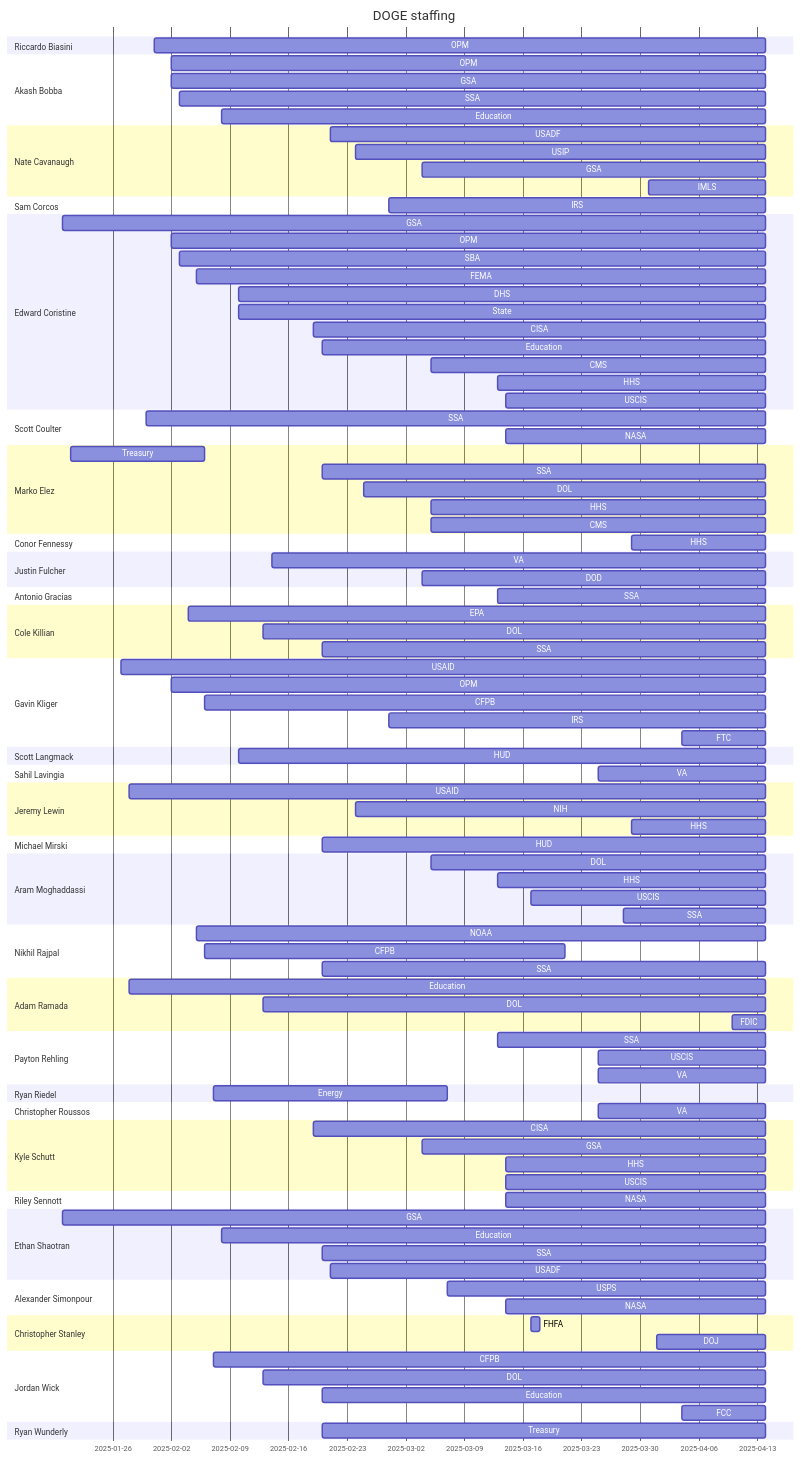
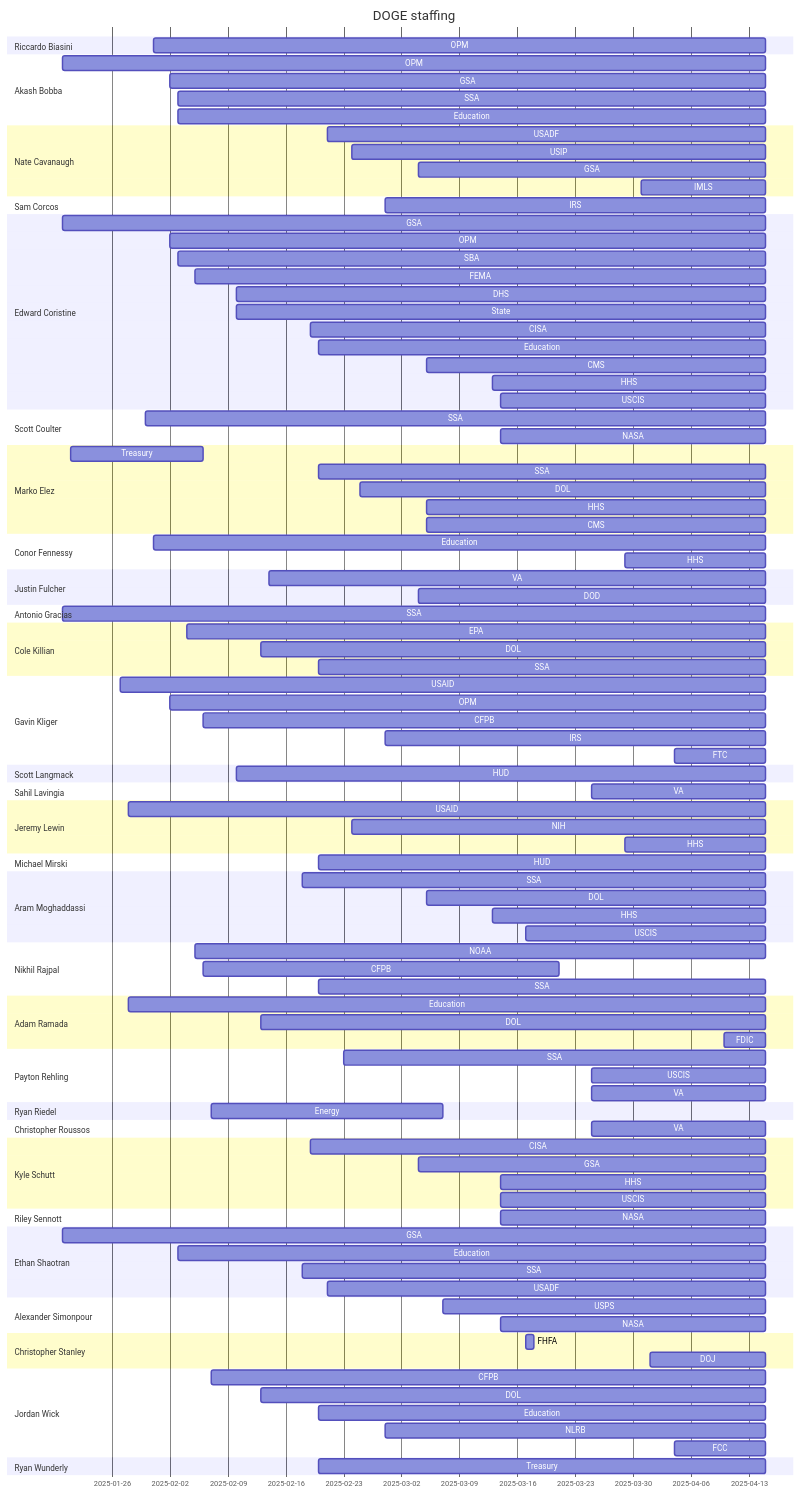
Before and after one commit to harrisj/trump_data: the diagram in it_modernization/staffing_chart.md, drawn with Mermaid. The commit also changed 12 other files, not shown here.

````diff
--- a/it_modernization/staffing_chart.md
+++ b/it_modernization/staffing_chart.md
@@ -3,111 +3,113 @@
     title DOGE staffing
     dateFormat YYYY-MM-DD
     section Riccardo Biasini
-        OPM : 2025-01-31, 2025-04-14
+        OPM : 2025-01-31, 2025-04-15
     section Akash Bobba
-        OPM : 2025-02-02, 2025-04-14
-        GSA : 2025-02-02, 2025-04-14
-        SSA : 2025-02-03, 2025-04-14
-        Education : 2025-02-08, 2025-04-14
+        OPM : 2025-01-20, 2025-04-15
+        GSA : 2025-02-02, 2025-04-15
+        SSA : 2025-02-03, 2025-04-15
+        Education : 2025-02-03, 2025-04-15
     section Nate Cavanaugh
-        USADF : 2025-02-21, 2025-04-14
-        USIP : 2025-02-24, 2025-04-14
-        GSA : 2025-03-04, 2025-04-14
-        IMLS : 2025-03-31, 2025-04-14
+        USADF : 2025-02-21, 2025-04-15
+        USIP : 2025-02-24, 2025-04-15
+        GSA : 2025-03-04, 2025-04-15
+        IMLS : 2025-03-31, 2025-04-15
     section Sam Corcos
-        IRS : 2025-02-28, 2025-04-14
+        IRS : 2025-02-28, 2025-04-15
     section Edward Coristine
-        GSA : 2025-01-20, 2025-04-14
-        OPM : 2025-02-02, 2025-04-14
-        SBA : 2025-02-03, 2025-04-14
-        FEMA : 2025-02-05, 2025-04-14
-        DHS : 2025-02-10, 2025-04-14
-        State : 2025-02-10, 2025-04-14
-        CISA : 2025-02-19, 2025-04-14
-        Education : 2025-02-20, 2025-04-14
-        CMS : 2025-03-05, 2025-04-14
-        HHS : 2025-03-13, 2025-04-14
-        USCIS : 2025-03-14, 2025-04-14
+        GSA : 2025-01-20, 2025-04-15
+        OPM : 2025-02-02, 2025-04-15
+        SBA : 2025-02-03, 2025-04-15
+        FEMA : 2025-02-05, 2025-04-15
+        DHS : 2025-02-10, 2025-04-15
+        State : 2025-02-10, 2025-04-15
+        CISA : 2025-02-19, 2025-04-15
+        Education : 2025-02-20, 2025-04-15
+        CMS : 2025-03-05, 2025-04-15
+        HHS : 2025-03-13, 2025-04-15
+        USCIS : 2025-03-14, 2025-04-15
     section Scott Coulter
-        SSA : 2025-01-30, 2025-04-14
-        NASA : 2025-03-14, 2025-04-14
+        SSA : 2025-01-30, 2025-04-15
+        NASA : 2025-03-14, 2025-04-15
     section Marko Elez
         Treasury : 2025-01-21, 2025-02-06
-        SSA : 2025-02-20, 2025-04-14
-        DOL : 2025-02-25, 2025-04-14
-        HHS : 2025-03-05, 2025-04-14
-        CMS : 2025-03-05, 2025-04-14
+        SSA : 2025-02-20, 2025-04-15
+        DOL : 2025-02-25, 2025-04-15
+        HHS : 2025-03-05, 2025-04-15
+        CMS : 2025-03-05, 2025-04-15
     section Conor Fennessy
-        HHS : 2025-03-29, 2025-04-14
+        Education : 2025-01-31, 2025-04-15
+        HHS : 2025-03-29, 2025-04-15
     section Justin Fulcher
-        VA : 2025-02-14, 2025-04-14
-        DOD : 2025-03-04, 2025-04-14
+        VA : 2025-02-14, 2025-04-15
+        DOD : 2025-03-04, 2025-04-15
     section Antonio Gracias
-        SSA : 2025-03-13, 2025-04-14
+        SSA : 2025-01-20, 2025-04-15
     section Cole Killian
-        EPA : 2025-02-04, 2025-04-14
-        DOL : 2025-02-13, 2025-04-14
-        SSA : 2025-02-20, 2025-04-14
+        EPA : 2025-02-04, 2025-04-15
+        DOL : 2025-02-13, 2025-04-15
+        SSA : 2025-02-20, 2025-04-15
     section Gavin Kliger
-        USAID : 2025-01-27, 2025-04-14
-        OPM : 2025-02-02, 2025-04-14
-        CFPB : 2025-02-06, 2025-04-14
-        IRS : 2025-02-28, 2025-04-14
-        FTC : 2025-04-04, 2025-04-14
+        USAID : 2025-01-27, 2025-04-15
+        OPM : 2025-02-02, 2025-04-15
+        CFPB : 2025-02-06, 2025-04-15
+        IRS : 2025-02-28, 2025-04-15
+        FTC : 2025-04-04, 2025-04-15
     section Scott Langmack
-        HUD : 2025-02-10, 2025-04-14
+        HUD : 2025-02-10, 2025-04-15
     section Sahil Lavingia
-        VA : 2025-03-25, 2025-04-14
+        VA : 2025-03-25, 2025-04-15
     section Jeremy Lewin
-        USAID : 2025-01-28, 2025-04-14
-        NIH : 2025-02-24, 2025-04-14
-        HHS : 2025-03-29, 2025-04-14
+        USAID : 2025-01-28, 2025-04-15
+        NIH : 2025-02-24, 2025-04-15
+        HHS : 2025-03-29, 2025-04-15
     section Michael Mirski
-        HUD : 2025-02-20, 2025-04-14
+        HUD : 2025-02-20, 2025-04-15
     section Aram Moghaddassi
-        DOL : 2025-03-05, 2025-04-14
-        HHS : 2025-03-13, 2025-04-14
-        USCIS : 2025-03-17, 2025-04-14
-        SSA : 2025-03-28, 2025-04-14
+        SSA : 2025-02-18, 2025-04-15
+        DOL : 2025-03-05, 2025-04-15
+        HHS : 2025-03-13, 2025-04-15
+        USCIS : 2025-03-17, 2025-04-15
     section Nikhil Rajpal
-        NOAA : 2025-02-05, 2025-04-14
+        NOAA : 2025-02-05, 2025-04-15
         CFPB : 2025-02-06, 2025-03-21
-        SSA : 2025-02-20, 2025-04-14
+        SSA : 2025-02-20, 2025-04-15
     section Adam Ramada
-        Education : 2025-01-28, 2025-04-14
-        DOL : 2025-02-13, 2025-04-14
-        FDIC : 2025-04-10, 2025-04-14
+        Education : 2025-01-28, 2025-04-15
+        DOL : 2025-02-13, 2025-04-15
+        FDIC : 2025-04-10, 2025-04-15
     section Payton Rehling
-        SSA : 2025-03-13, 2025-04-14
-        USCIS : 2025-03-25, 2025-04-14
-        VA : 2025-03-25, 2025-04-14
+        SSA : 2025-02-23, 2025-04-15
+        USCIS : 2025-03-25, 2025-04-15
+        VA : 2025-03-25, 2025-04-15
     section Ryan Riedel
         Energy : 2025-02-07, 2025-03-07
     section Christopher Roussos
-        VA : 2025-03-25, 2025-04-14
+        VA : 2025-03-25, 2025-04-15
     section Kyle Schutt
-        CISA : 2025-02-19, 2025-04-14
-        GSA : 2025-03-04, 2025-04-14
-        HHS : 2025-03-14, 2025-04-14
-        USCIS : 2025-03-14, 2025-04-14
+        CISA : 2025-02-19, 2025-04-15
+        GSA : 2025-03-04, 2025-04-15
+        HHS : 2025-03-14, 2025-04-15
+        USCIS : 2025-03-14, 2025-04-15
     section Riley Sennott
-        NASA : 2025-03-14, 2025-04-14
+        NASA : 2025-03-14, 2025-04-15
     section Ethan Shaotran
-        GSA : 2025-01-20, 2025-04-14
-        Education : 2025-02-08, 2025-04-14
-        SSA : 2025-02-20, 2025-04-14
-        USADF : 2025-02-21, 2025-04-14
+        GSA : 2025-01-20, 2025-04-15
+        Education : 2025-02-03, 2025-04-15
+        SSA : 2025-02-18, 2025-04-15
+        USADF : 2025-02-21, 2025-04-15
     section Alexander Simonpour
-        USPS : 2025-03-07, 2025-04-14
-        NASA : 2025-03-14, 2025-04-14
+        USPS : 2025-03-07, 2025-04-15
+        NASA : 2025-03-14, 2025-04-15
     section Christopher Stanley
         FHFA : 2025-03-17, 2025-03-18
-        DOJ : 2025-04-01, 2025-04-14
+        DOJ : 2025-04-01, 2025-04-15
     section Jordan Wick
-        CFPB : 2025-02-07, 2025-04-14
-        DOL : 2025-02-13, 2025-04-14
-        Education : 2025-02-20, 2025-04-14
-        FCC : 2025-04-04, 2025-04-14
+        CFPB : 2025-02-07, 2025-04-15
+        DOL : 2025-02-13, 2025-04-15
+        Education : 2025-02-20, 2025-04-15
+        NLRB : 2025-02-28, 2025-04-15
+        FCC : 2025-04-04, 2025-04-15
     section Ryan Wunderly
-        Treasury : 2025-02-20, 2025-04-14
+        Treasury : 2025-02-20, 2025-04-15
 ```
````
